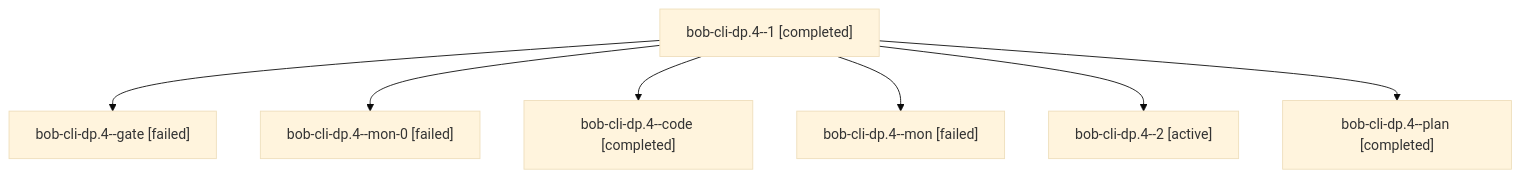
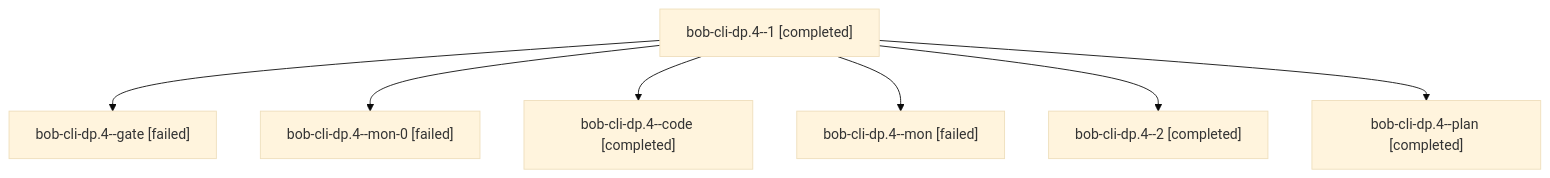
Before and after one commit to bobs-org/bob-cli--agents: the diagram in sessions/bbugyi200.athena.bob-cli-dp.4.md, drawn with Mermaid (base theme). The commit also changed other lines of this file and 63 other files, not shown here.

````diff
--- a/sessions/bbugyi200.athena.bob-cli-dp.4.md
+++ b/sessions/bbugyi200.athena.bob-cli-dp.4.md
@@ -9,16 +9,16 @@
 ```mermaid
 flowchart TD
   n0["bob-cli-dp.4--1 [completed]"]
   n1["bob-cli-dp.4--gate [failed]"]
   n0 --> n1
   n2["bob-cli-dp.4--mon-0 [failed]"]
   n0 --> n2
   n3["bob-cli-dp.4--code [completed]"]
   n0 --> n3
   n4["bob-cli-dp.4--mon [failed]"]
   n0 --> n4
-  n5["bob-cli-dp.4--2 [active]"]
+  n5["bob-cli-dp.4--2 [completed]"]
   n0 --> n5
   n6["bob-cli-dp.4--plan [completed]"]
   n0 --> n6
 ```
````
